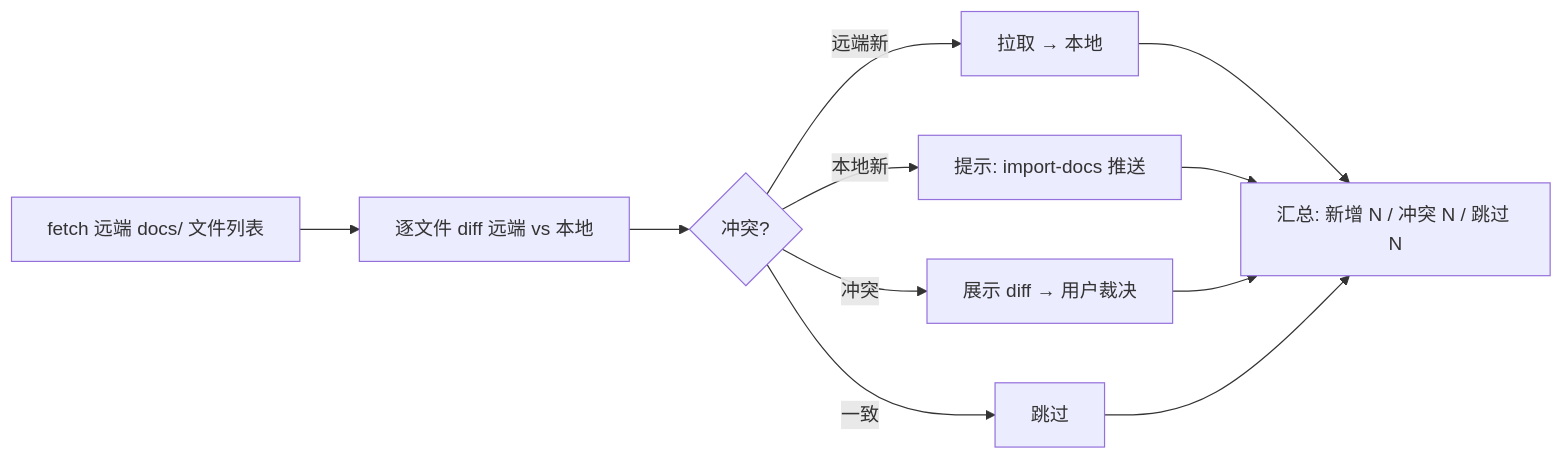
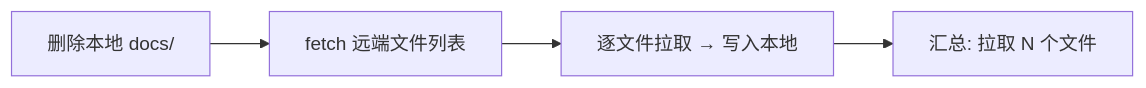
Before and after one commit to effiy/YrY: the second of 3 diagrams in skills/rui-docs/SKILL.md, drawn with Mermaid. The commit also changed other lines of this file and 2 other files, not shown here.

````diff
--- a/skills/rui-docs/SKILL.md
+++ b/skills/rui-docs/SKILL.md
@@ -34,10 +34,6 @@
 ```mermaid
 flowchart LR
-    FETCH["fetch 远端 docs/ 文件列表"] --> DIFF["逐文件 diff 远端 vs 本地"]
-    DIFF --> RESOLVE{冲突?}
-    RESOLVE -->|远端新| PULL["拉取 → 本地"]
-    RESOLVE -->|本地新| PUSH["提示: import-docs 推送"]
-    RESOLVE -->|冲突| CONFLICT["展示 diff → 用户裁决"]
-    RESOLVE -->|一致| SKIP["跳过"]
-    PULL & PUSH & CONFLICT & SKIP --> STATS["汇总: 新增 N / 冲突 N / 跳过 N"]
+    FETCH["删除本地 docs/"] --> PULL["fetch 远端文件列表"]
+    PULL --> WRITE["逐文件拉取 → 写入本地"]
+    WRITE --> STATS["汇总: 拉取 N 个文件"]
 ```
````
